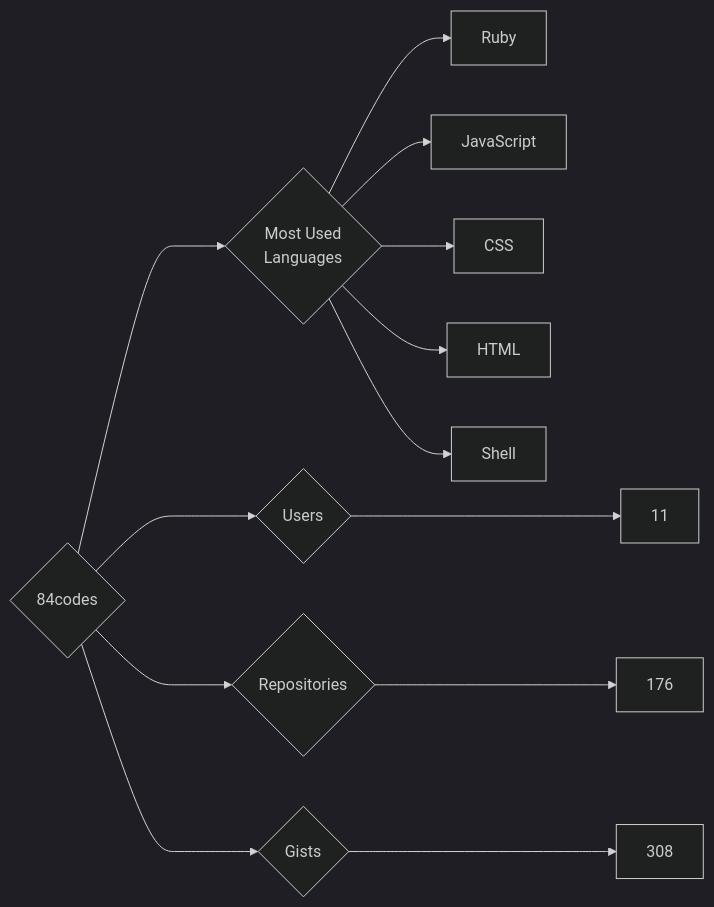
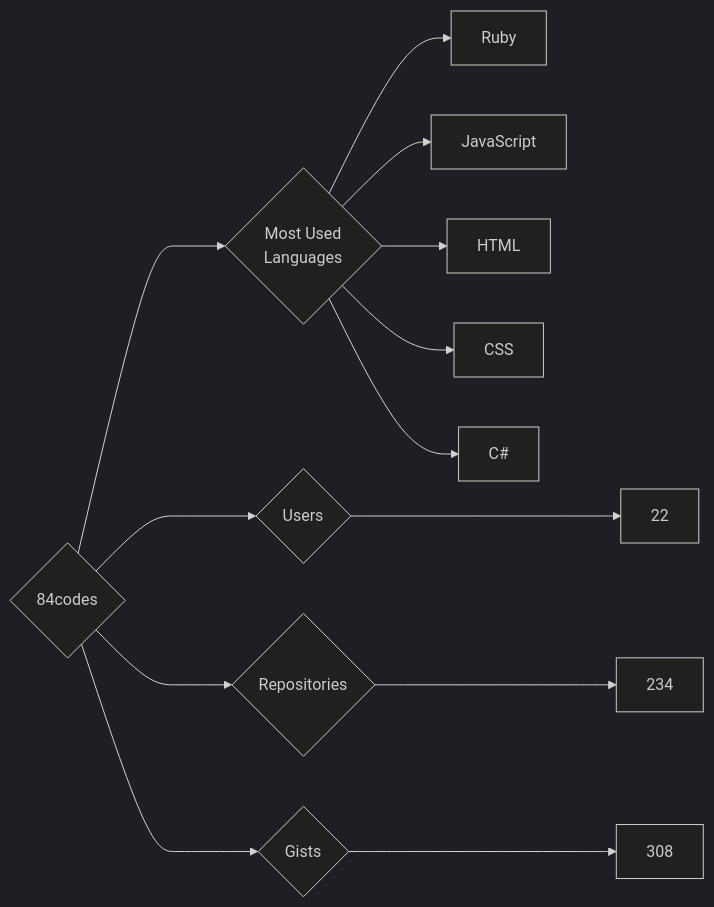
One commit to trickest/insiders changed the diagram in targets/84codes/README.md. Above: the diagram before and after it, drawn with Mermaid (dark theme). The commit also changed 1314 other files, not shown here.

````diff
--- a/targets/84codes/README.md
+++ b/targets/84codes/README.md
@@ -3,13 +3,13 @@
 ```mermaid
 graph LR
 COMPANY_NAME{84codes}
-COMPANY_NAME ---> U{Users} ---> UN[11]
-COMPANY_NAME ---> R{Repositories} ---> RN[176]
+COMPANY_NAME ---> U{Users} ---> UN[22]
+COMPANY_NAME ---> R{Repositories} ---> RN[234]
 COMPANY_NAME ---> G{Gists} ---> GN[308]
 COMPANY_NAME ---> ML{Most Used<br>Languages}
 ML --> Ruby[Ruby]
 ML --> JavaScript[JavaScript]
+ML --> HTML[HTML]
 ML --> CSS[CSS]
-ML --> HTML[HTML]
-ML --> Shell[Shell]
+ML --> C#[C#]
 ```
````
